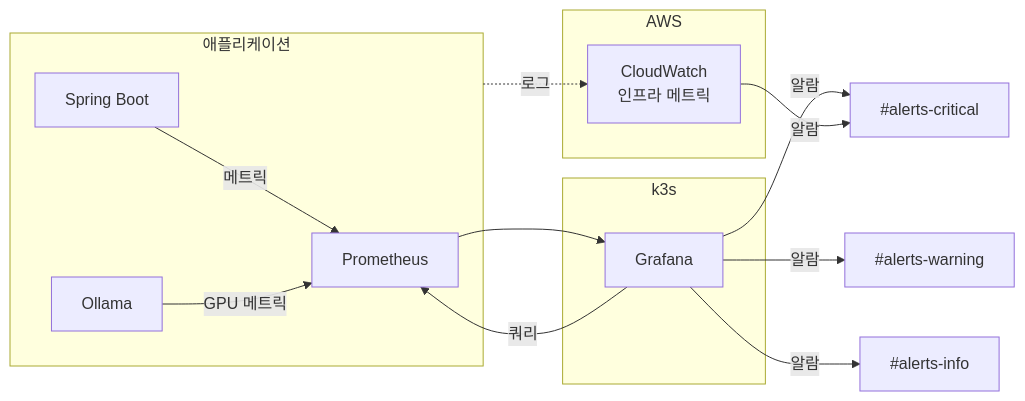
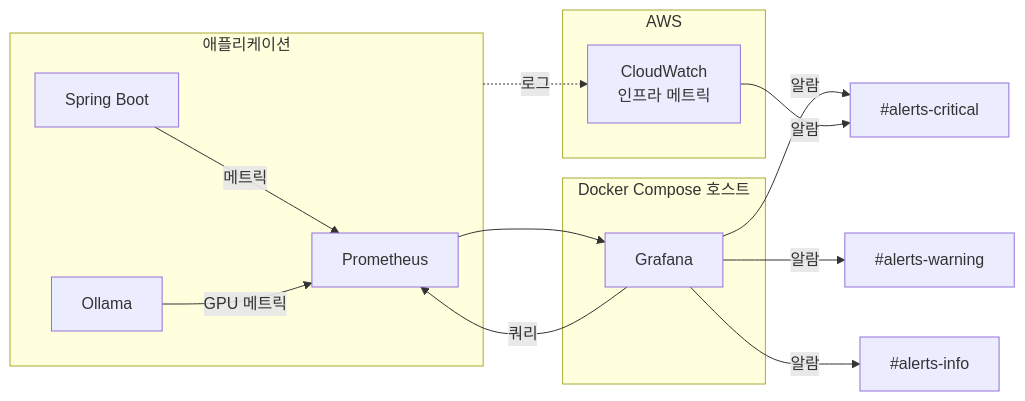
Diagram 11 of 14 in requirements/TEAM-OVERVIEW.md (nittre/ragvault), drawn with Mermaid before and after one commit. The commit also changed other lines of this file and 32 other files, not shown here.

First line of the commit message:
docs: bge-m3·Docker Compose·사내 서비스 전환 전체 문서 반영

````diff
--- a/requirements/TEAM-OVERVIEW.md
+++ b/requirements/TEAM-OVERVIEW.md
@@ -1023,24 +979,24 @@
 ```mermaid
 flowchart LR
     subgraph Apps[애플리케이션]
         SB[Spring Boot] -->|메트릭| Prom
         OL[Ollama] -->|GPU 메트릭| Prom
     end
 
-    subgraph k3s
+    subgraph EC2[Docker Compose 호스트]
         Prom[Prometheus]
         Graf[Grafana]
         Prom --> Graf
     end
 
     subgraph AWS
         CW[CloudWatch<br/>인프라 메트릭]
     end
 
     Graf -->|쿼리| Prom
     Apps -.->|로그| CW
     Graf -->|알람| Discord1[#alerts-critical]
     Graf -->|알람| Discord2[#alerts-warning]
     Graf -->|알람| Discord3[#alerts-info]
     CW -->|알람| Discord1
 ```
````
